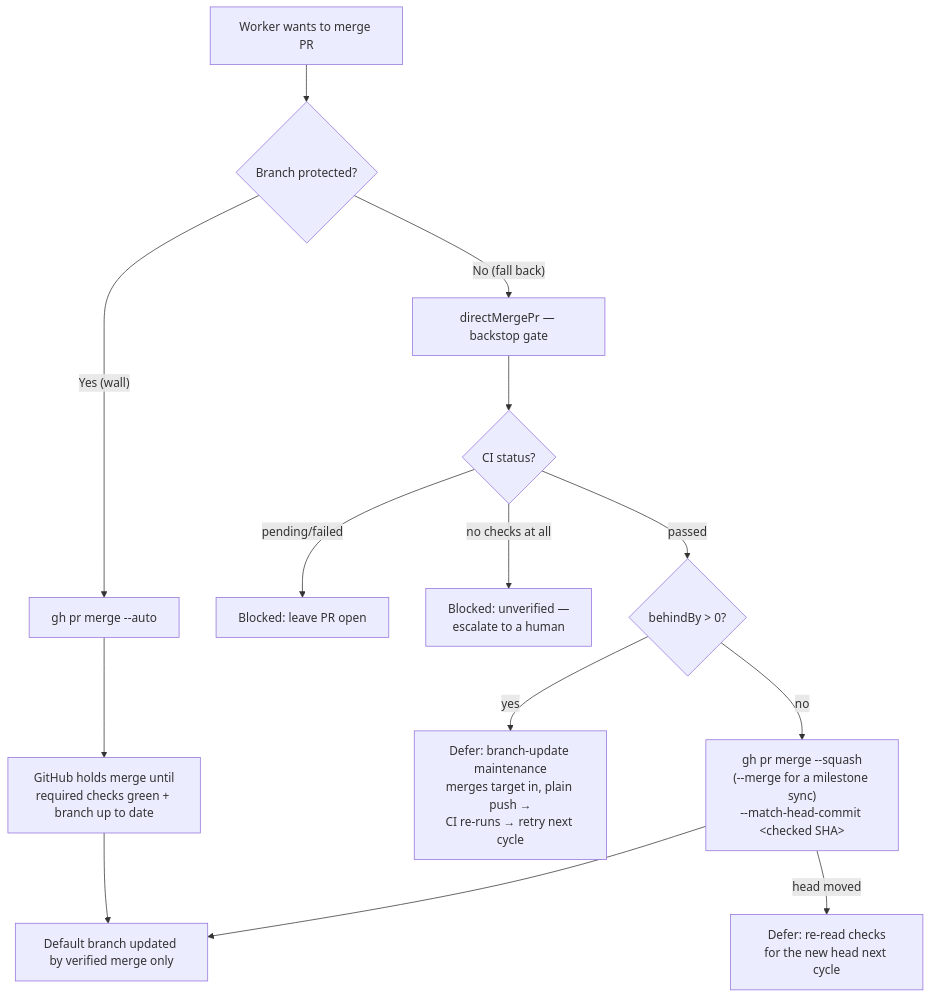
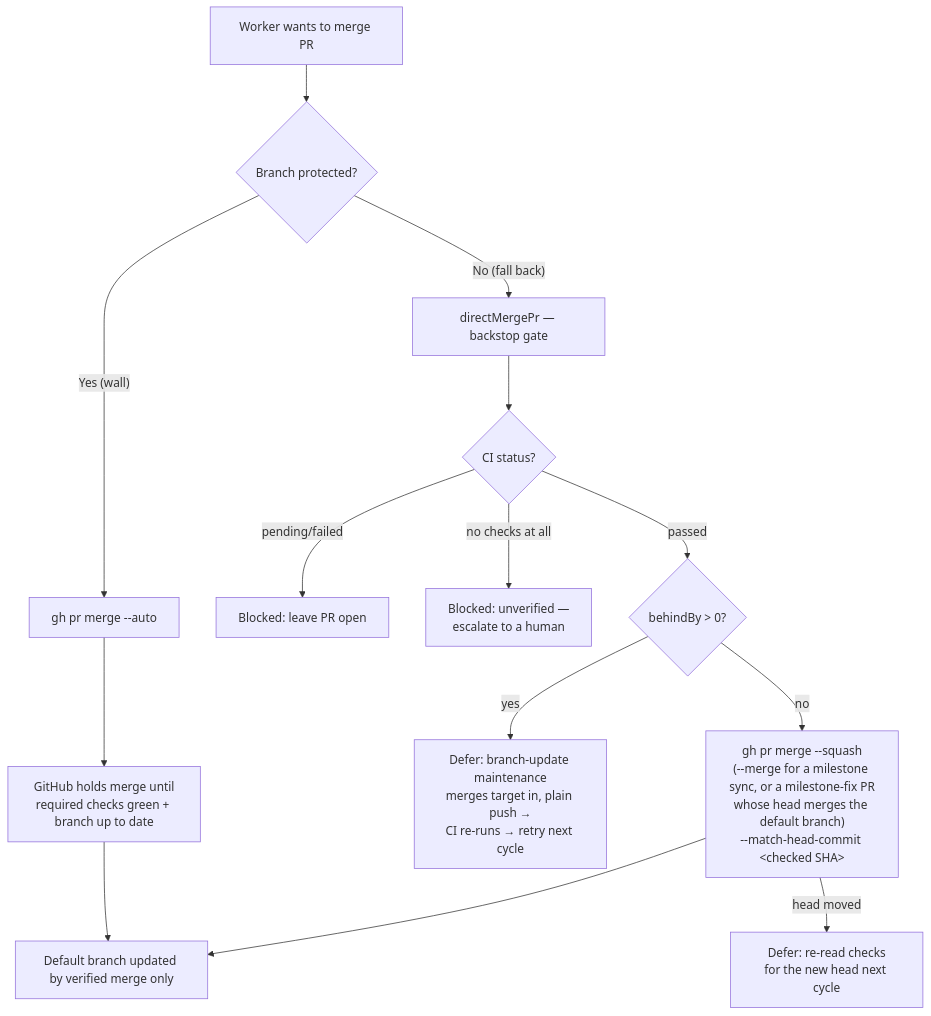
Before and after one commit to stSoftwareAU/VibeCoder: the first of 10 diagrams in docs/MERGE.md, drawn with Mermaid. The commit also changed other lines of this file and 11 other files, not shown here.

````diff
--- a/docs/MERGE.md
+++ b/docs/MERGE.md
@@ -34,16 +34,16 @@
 ```mermaid
 flowchart TD
     A[Worker wants to merge PR] --> B{Branch protected?}
     B -- "Yes (wall)" --> C[gh pr merge --auto]
     C --> D[GitHub holds merge until<br/>required checks green + branch up to date]
     B -- "No (fall back)" --> E[directMergePr — backstop gate]
     E --> F{CI status?}
     F -- pending/failed --> G[Blocked: leave PR open]
     F -- "no checks at all" --> N[Blocked: unverified —<br/>escalate to a human]
     F -- passed --> H{behindBy > 0?}
     H -- yes --> I[Defer: branch-update maintenance<br/>merges target in, plain push →<br/>CI re-runs → retry next cycle]
-    H -- no --> J["gh pr merge --squash<br/>(--merge for a milestone sync)<br/>--match-head-commit &lt;checked SHA&gt;"]
+    H -- no --> J["gh pr merge --squash<br/>(--merge for a milestone sync, or a milestone-fix PR<br/>whose head merges the default branch)<br/>--match-head-commit &lt;checked SHA&gt;"]
     J -- head moved --> L[Defer: re-read checks<br/>for the new head next cycle]
     D --> K[Default branch updated by verified merge only]
     J --> K
 ```
````
